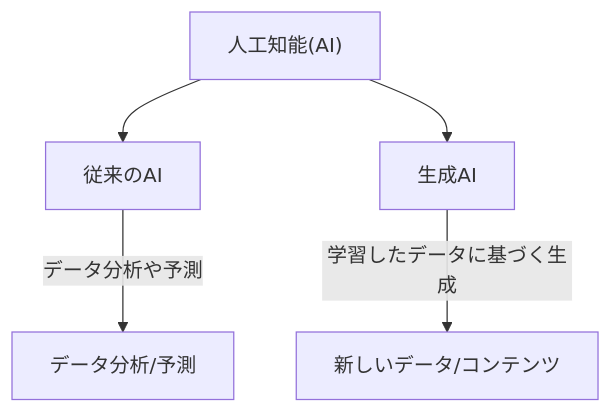
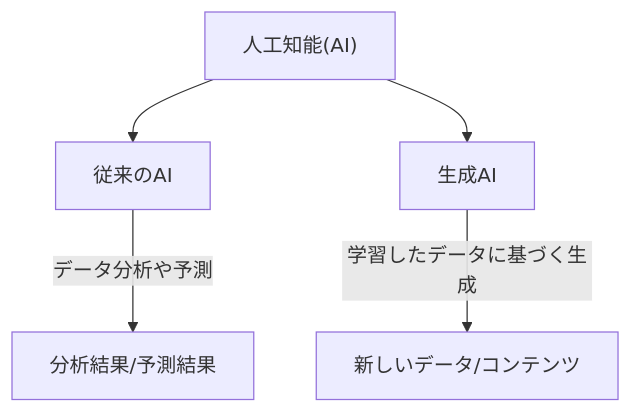
The first of 11 diagrams in README.md (SparklingDetergent/doc_genai_About_the_origins_and_types_of_generative_AI), drawn with Mermaid before and after one commit. The commit also changed other lines of this file, not shown here.

````diff
--- a/README.md
+++ b/README.md
@@ -31,10 +31,10 @@
 ```mermaid
 graph TB
   AI["人工知能(AI)"]
   TraditionalAI["従来のAI"]
   GenAI["生成AI"]
   AI --> TraditionalAI
   AI --> GenAI
-  TraditionalAI -->|データ分析や予測| Analysis["データ分析/予測"]
+  TraditionalAI -->|データ分析や予測| Analysis["分析結果/予測結果"]
   GenAI -->|学習したデータに基づく生成| NewData["新しいデータ/コンテンツ"]
 ```
````
